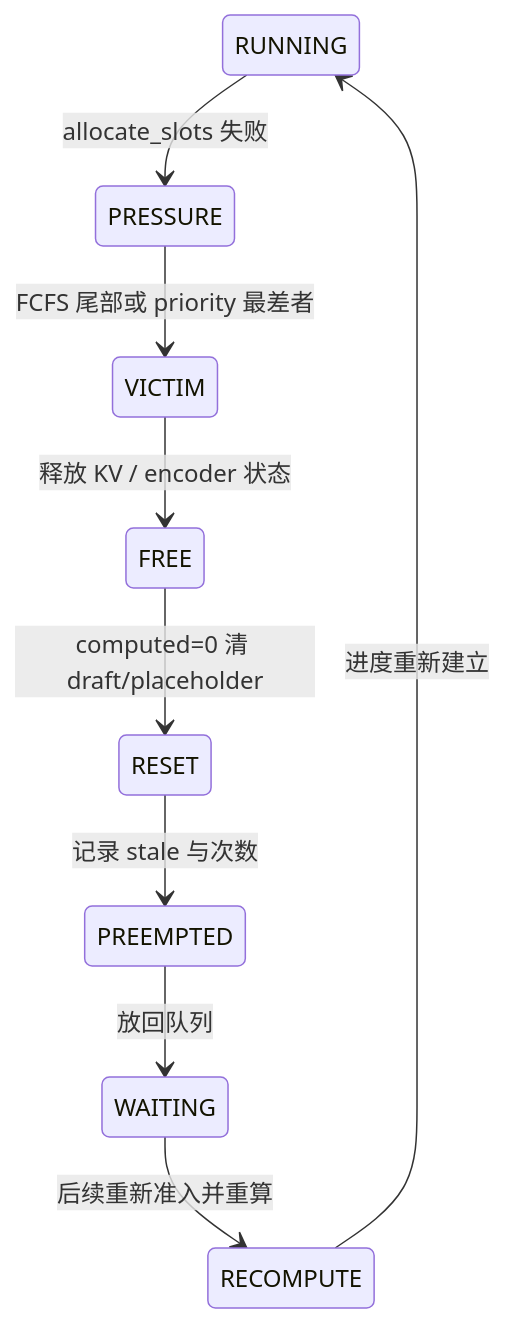
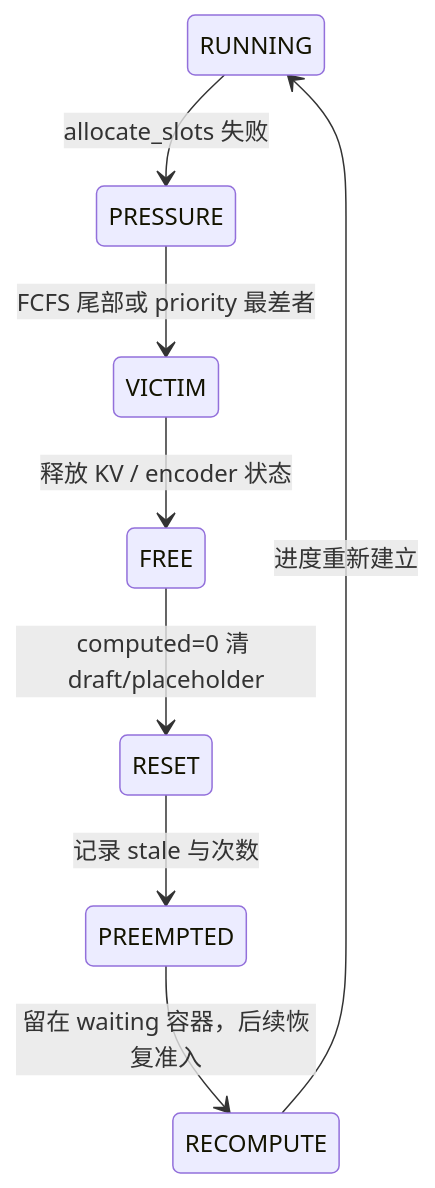
Before and after one commit to cluster1900/vllm_reader: diagram 16 of 26 in book/04-scheduler/README.md, drawn with Mermaid. The commit also changed other lines of this file and 38 other files, not shown here.

````diff
--- a/book/04-scheduler/README.md
+++ b/book/04-scheduler/README.md
@@ -727,11 +774,10 @@
 ```mermaid
 stateDiagram-v2
     RUNNING --> PRESSURE: allocate_slots 失败
     PRESSURE --> VICTIM: FCFS 尾部或 priority 最差者
     VICTIM --> FREE: 释放 KV / encoder 状态
     FREE --> RESET: computed=0 清 draft/placeholder
     RESET --> PREEMPTED: 记录 stale 与次数
-    PREEMPTED --> WAITING: 放回队列
-    WAITING --> RECOMPUTE: 后续重新准入并重算
+    PREEMPTED --> RECOMPUTE: 留在 waiting 容器，后续恢复准入
     RECOMPUTE --> RUNNING: 进度重新建立
 ```
````
